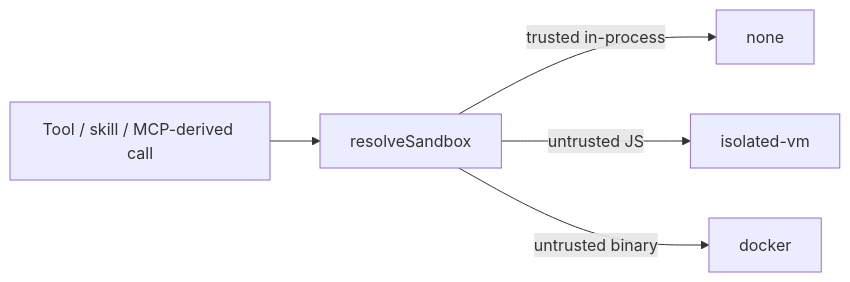
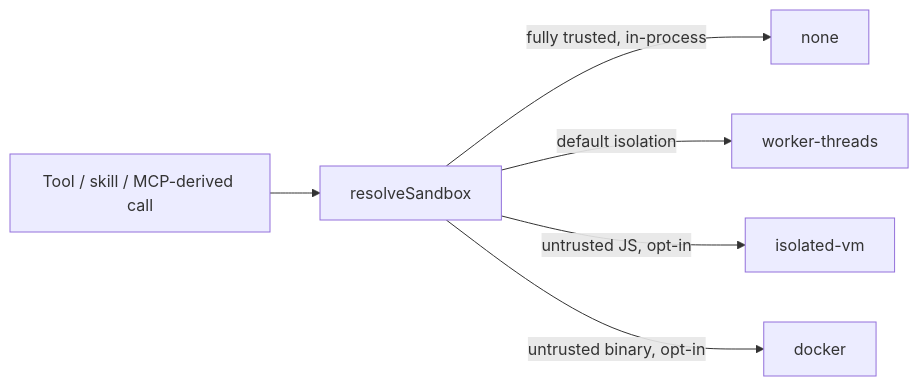
The first of 4 diagrams in documentation/guide/security.md (o-stepper/graphorin), drawn with Mermaid before and after one commit. The commit also changed other lines of this file and 2824 other files, not shown here.

````diff
--- a/documentation/guide/security.md
+++ b/documentation/guide/security.md
@@ -20,7 +21,8 @@
 ```mermaid
 flowchart LR
     A[Tool / skill / MCP-derived call] --> Resolver[resolveSandbox]
-    Resolver -->|trusted in-process| None[none]
-    Resolver -->|untrusted JS| Vm[isolated-vm]
-    Resolver -->|untrusted binary| Docker[docker]
+    Resolver -->|fully trusted, in-process| None[none]
+    Resolver -->|default isolation| Wt[worker-threads]
+    Resolver -->|untrusted JS, opt-in| Vm[isolated-vm]
+    Resolver -->|untrusted binary, opt-in| Docker[docker]
 ```
````
